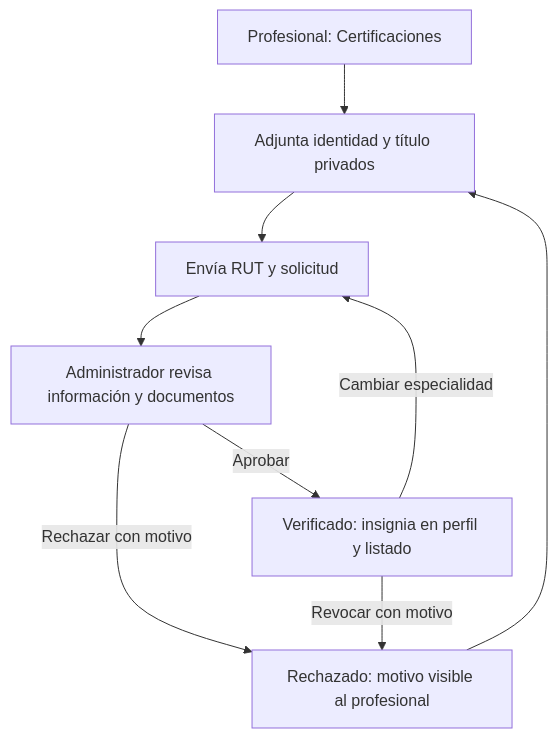
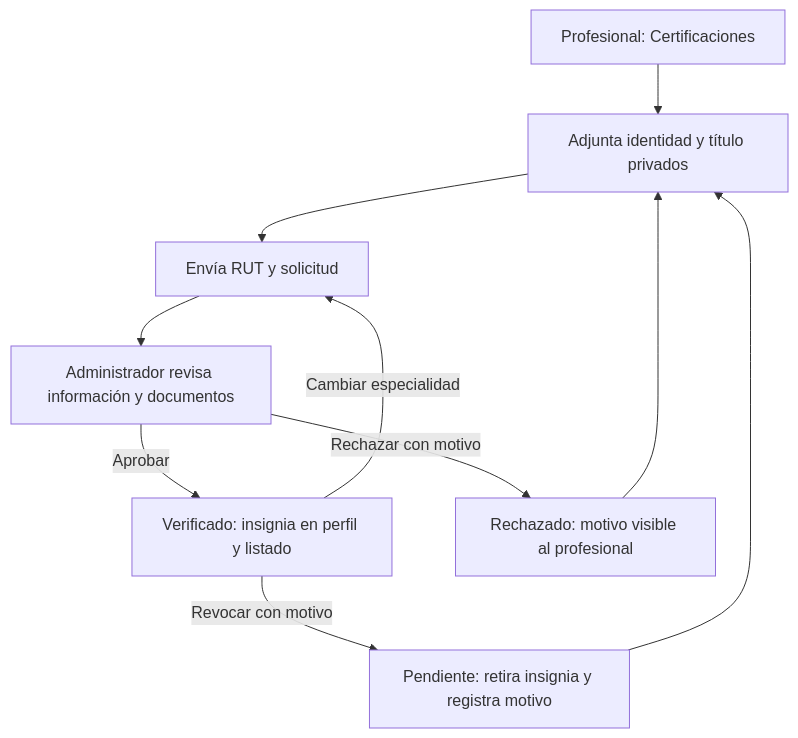
Before and after one commit to rodriacr/FitSearch: the diagram in FASE 2/Evidencias Proyecto/Evidencias de documentación/Sprint 3/Panel_Administrador.md, drawn with Mermaid. The commit also changed other lines of this file and 31 other files, not shown here.

Commit message:
Documenta panel administrativo en DAS 1.18 y diagramas

````diff
--- a/FASE 2/Evidencias Proyecto/Evidencias de documentación/Sprint 3/Panel_Administrador.md
+++ b/FASE 2/Evidencias Proyecto/Evidencias de documentación/Sprint 3/Panel_Administrador.md
@@ -64,11 +64,12 @@
 ```mermaid
 flowchart TD
   P["Profesional: Certificaciones"] --> D["Adjunta identidad y título privados"]
   D --> S["Envía RUT y solicitud"]
   S --> A["Administrador revisa información y documentos"]
   A -->|Aprobar| V["Verificado: insignia en perfil y listado"]
   A -->|Rechazar con motivo| R["Rechazado: motivo visible al profesional"]
   R --> D
-  V -->|Revocar con motivo| R
+  V -->|Revocar con motivo| N["Pendiente: retira insignia y registra motivo"]
+  N --> D
   V -->|Cambiar especialidad| S
 ```
````
